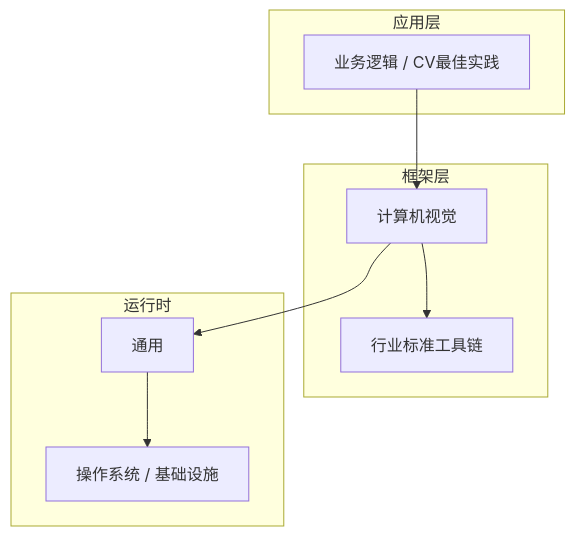
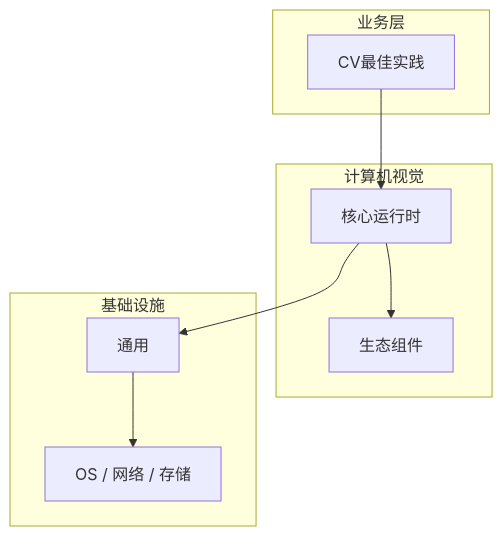
The diagram in articles/计算机视觉/chapters/096-CV最佳实践核心概念与原理.md (yanggan2015/knowledge-json-v2), drawn with Mermaid before and after one commit. The commit also changed other lines of this file and 10127 other files, not shown here.

````diff
--- a/articles/计算机视觉/chapters/096-CV最佳实践核心概念与原理.md
+++ b/articles/计算机视觉/chapters/096-CV最佳实践核心概念与原理.md
@@ -45,18 +34,18 @@
 ```mermaid
 graph TB
-    subgraph 应用层
-        A[业务逻辑 / CV最佳实践]
+    subgraph 业务层
+        A[CV最佳实践]
     end
-    subgraph 框架层
-        B[计算机视觉]
-        C[行业标准工具链]
+    subgraph 计算机视觉
+        B[核心运行时]
+        C[生态组件]
     end
-    subgraph 运行时
+    subgraph 基础设施
         D[通用]
-        E[操作系统 / 基础设施]
+        E[OS / 网络 / 存储]
     end
     A --> B
     B --> C
     B --> D
     D --> E
 ```
````
